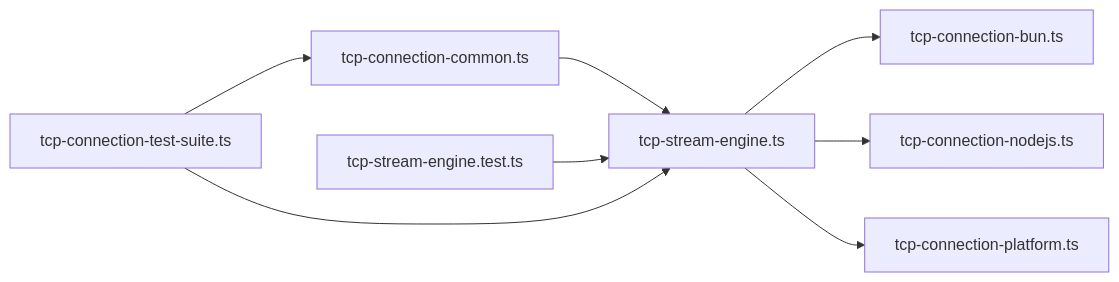
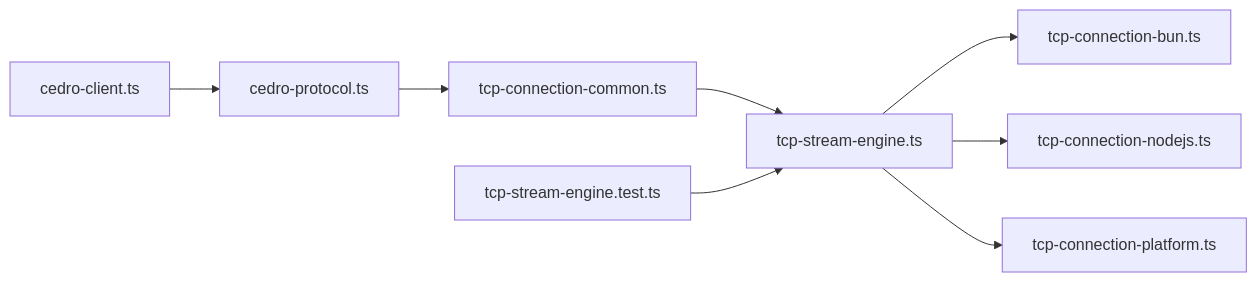
The ninth of 9 diagrams in .qoder/repowiki/en/content/TCP Stream Engine/TCP Stream Engine.md (6qat/lab-effect4), drawn with Mermaid before and after one commit. The commit also changed other lines of this file and 76 other files, not shown here.

````diff
--- a/.qoder/repowiki/en/content/TCP Stream Engine/TCP Stream Engine.md
+++ b/.qoder/repowiki/en/content/TCP Stream Engine/TCP Stream Engine.md
@@ -453,10 +569,10 @@
 ```mermaid
 graph LR
 Common["tcp-connection-common.ts"] --> Engine["tcp-stream-engine.ts"]
 Engine --> Bun["tcp-connection-bun.ts"]
 Engine --> Node["tcp-connection-nodejs.ts"]
 Engine --> Platform["tcp-connection-platform.ts"]
+CedroProtocol["cedro-protocol.ts"] --> Common
+CedroClient["cedro-client.ts"] --> CedroProtocol
 EngineTest["tcp-stream-engine.test.ts"] --> Engine
-Suite["tcp-connection-test-suite.ts"] --> Common
-Suite --> Engine
 ```
````
